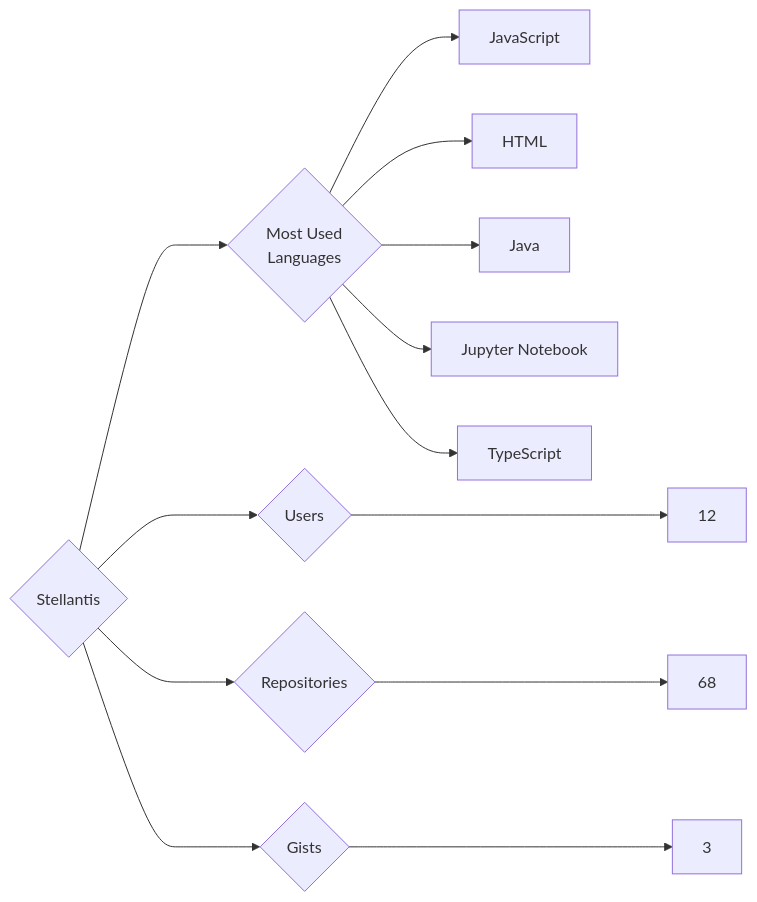
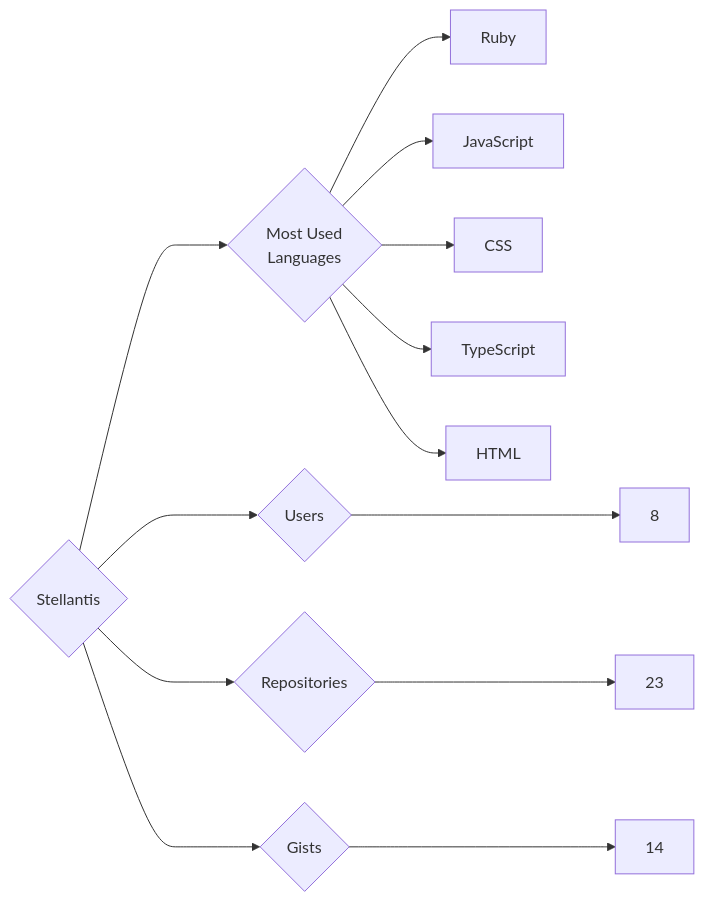
Before and after one commit to trickest/insiders: the diagram in targets/Stellantis/README.md, drawn with Mermaid. The commit also changed 757 other files, not shown here.

````diff
--- a/targets/Stellantis/README.md
+++ b/targets/Stellantis/README.md
@@ -3,13 +3,13 @@
 ```mermaid
 graph LR
 COMPANY_NAME{Stellantis}
-COMPANY_NAME ---> U{Users} ---> UN[12]
-COMPANY_NAME ---> R{Repositories} ---> RN[68]
-COMPANY_NAME ---> G{Gists} ---> GN[3]
+COMPANY_NAME ---> U{Users} ---> UN[8]
+COMPANY_NAME ---> R{Repositories} ---> RN[23]
+COMPANY_NAME ---> G{Gists} ---> GN[14]
 COMPANY_NAME ---> ML{Most Used<br>Languages}
+ML --> Ruby[Ruby]
 ML --> JavaScript[JavaScript]
+ML --> CSS[CSS]
+ML --> TypeScript[TypeScript]
 ML --> HTML[HTML]
-ML --> Java[Java]
-ML --> Jupyter_Notebook[Jupyter Notebook]
-ML --> TypeScript[TypeScript]
 ```
````
